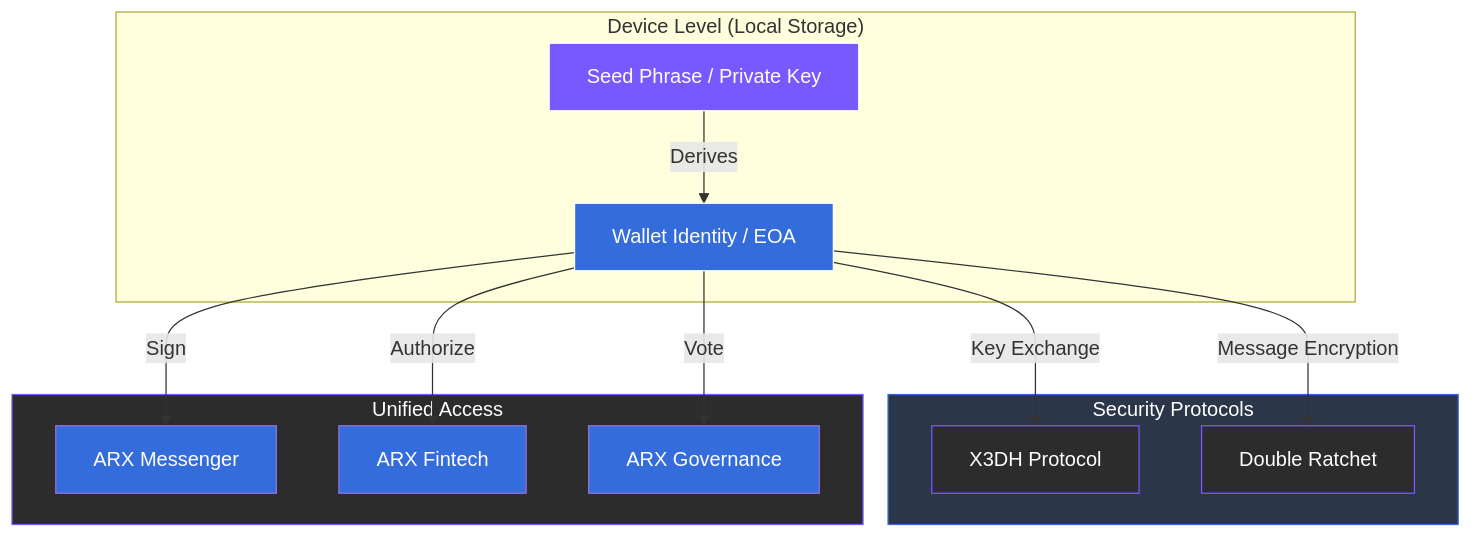
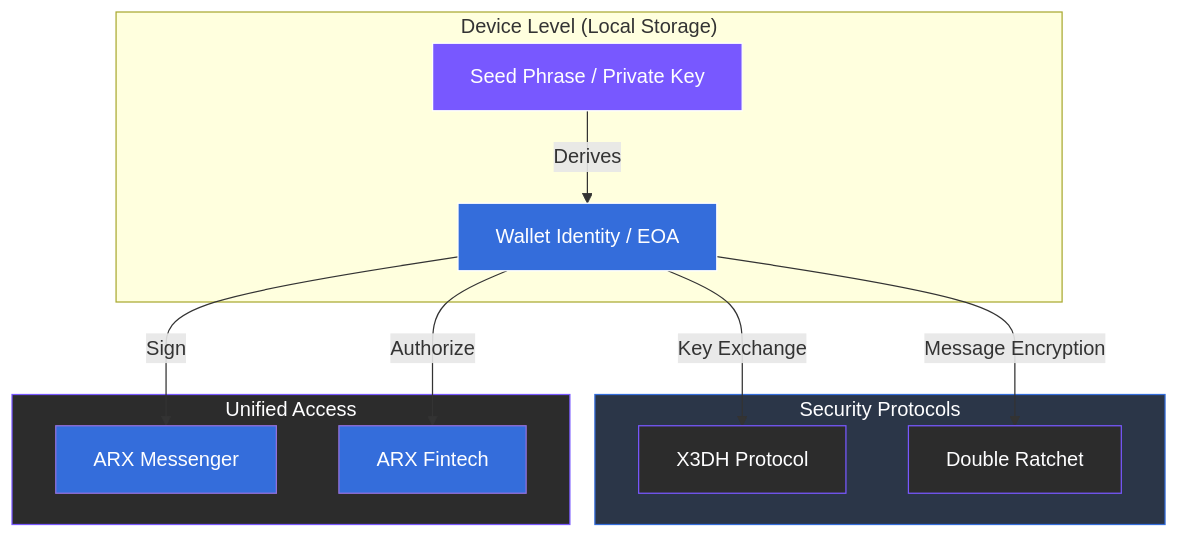
One commit to unusnullus/docs-xmtp-org changed the diagram in gitbook/home/5-system-architecture/5.1-identity-layer.md. Above: the diagram before and after it, drawn with Mermaid. The commit also changed other lines of this file and 32 other files, not shown here.

````diff
--- a/gitbook/home/5-system-architecture/5.1-identity-layer.md
+++ b/gitbook/home/5-system-architecture/5.1-identity-layer.md
@@ -18,35 +18,33 @@
 ```mermaid
 graph TD
     %% Global Styling
     accTitle: ARX Identity Layer
     accDescr: Visualizing the relationship between the Private Key, Wallet ID, and ecosystem services.
 
     subgraph Device_Level ["Device Level (Local Storage)"]
         SEED[Seed Phrase / Private Key] -->|Derives| ID[Wallet Identity / EOA]
     end
 
     subgraph Security_Protocols ["Security Protocols"]
         ID -->|Key Exchange| X3DH[X3DH Protocol]
         ID -->|Message Encryption| RAT[Double Ratchet]
     end
 
     subgraph Service_Access ["Unified Access"]
         ID -->|Sign| MSG[ARX Messenger]
         ID -->|Authorize| FIN[ARX Fintech]
-        ID -->|Vote| GOV[ARX Governance]
     end
 
     %% Apply Brand Palette
     style SEED fill:#7858ff,stroke:#fefeff,color:#fefeff
     style ID fill:#346ddb,stroke:#fefeff,color:#fefeff
     
     style Security_Protocols fill:#2B3648,stroke:#346ddb,color:#fefeff
     style Service_Access fill:#2c2c2c,stroke:#7858ff,color:#fefeff
     
     style X3DH fill:#2c2c2c,stroke:#7858ff,color:#fefeff
     style RAT fill:#2c2c2c,stroke:#7858ff,color:#fefeff
     
     style MSG fill:#346ddb,color:#fefeff
     style FIN fill:#346ddb,color:#fefeff
-    style GOV fill:#346ddb,color:#fefeff
 ```
````
